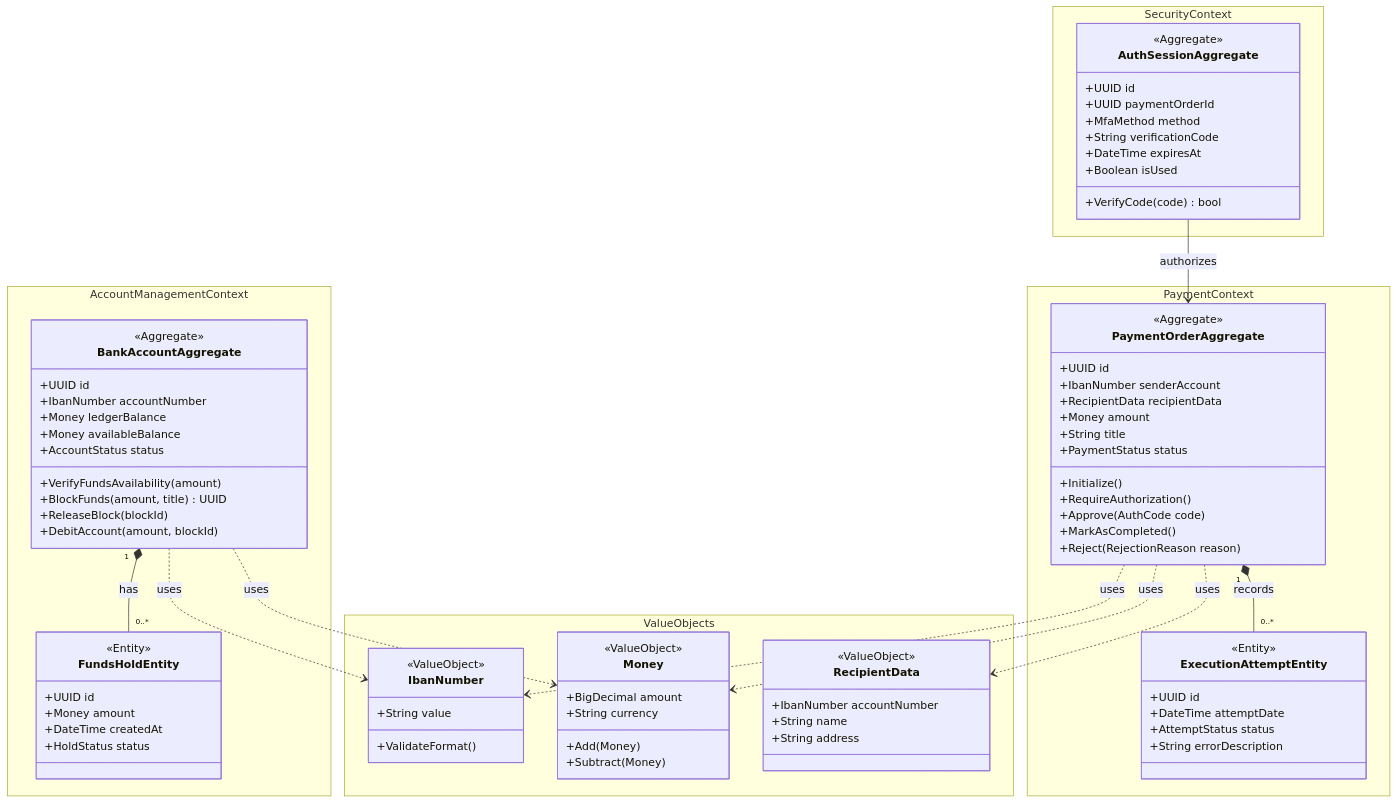
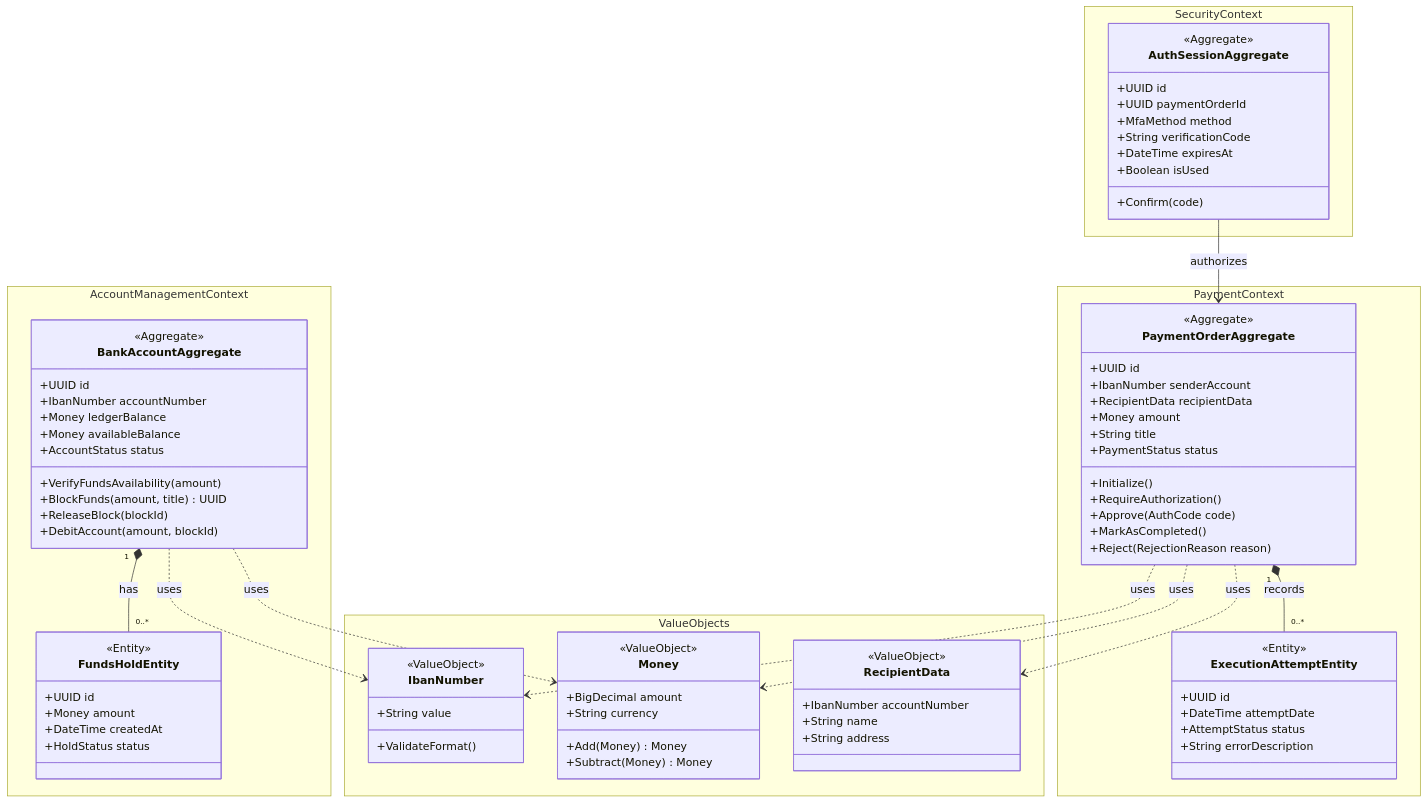
One commit to Duszke333/tbo-task1 changed the diagram in docs/DDD.md. Above: the diagram before and after it, drawn with Mermaid. The commit also changed other lines of this file, not shown here.

Commit message:
Update DDD

````diff
--- a/docs/DDD.md
+++ b/docs/DDD.md
@@ -38,91 +35,91 @@
 ```mermaid
 classDiagram
-    namespace AccountManagementContext {
-        class BankAccountAggregate {
-            <<Aggregate>>
-            +UUID id
-            +IbanNumber accountNumber
-            +Money ledgerBalance
-            +Money availableBalance
-            +AccountStatus status
-            +VerifyFundsAvailability(amount)
-            +BlockFunds(amount, title) UUID
-            +ReleaseBlock(blockId)
-            +DebitAccount(amount, blockId)
-        }
-        class FundsHoldEntity {
-            <<Entity>>
-            +UUID id
-            +Money amount
-            +DateTime createdAt
-            +HoldStatus status
-        }
-    }
+   namespace AccountManagementContext {
+      class BankAccountAggregate {
+         <<Aggregate>>
+         +UUID id
+         +IbanNumber accountNumber
+         +Money ledgerBalance
+         +Money availableBalance
+         +AccountStatus status
+         +VerifyFundsAvailability(amount)
+         +BlockFunds(amount, title) UUID
+         +ReleaseBlock(blockId)
+         +DebitAccount(amount, blockId)
+      }
+      class FundsHoldEntity {
+         <<Entity>>
+         +UUID id
+         +Money amount
+         +DateTime createdAt
+         +HoldStatus status
+      }
+   }
 
-    namespace PaymentContext {
-        class PaymentOrderAggregate {
-            <<Aggregate>>
-            +UUID id
-            +IbanNumber senderAccount
-            +RecipientData recipientData
-            +Money amount
-            +String title
-            +PaymentStatus status
-            +Initialize()
-            +RequireAuthorization()
-            +Approve(AuthCode code)
-            +MarkAsCompleted()
-            +Reject(RejectionReason reason)
-        }
-        class ExecutionAttemptEntity {
-            <<Entity>>
-            +UUID id
-            +DateTime attemptDate
-            +AttemptStatus status
-            +String errorDescription
-        }
-    }
+   namespace PaymentContext {
+      class PaymentOrderAggregate {
+         <<Aggregate>>
+         +UUID id
+         +IbanNumber senderAccount
+         +RecipientData recipientData
+         +Money amount
+         +String title
+         +PaymentStatus status
+         +Initialize()
+         +RequireAuthorization()
+         +Approve(AuthCode code)
+         +MarkAsCompleted()
+         +Reject(RejectionReason reason)
+      }
+      class ExecutionAttemptEntity {
+         <<Entity>>
+         +UUID id
+         +DateTime attemptDate
+         +AttemptStatus status
+         +String errorDescription
+      }
+   }
 
-    namespace SecurityContext {
-        class AuthSessionAggregate {
-            <<Aggregate>>
-            +UUID id
-            +UUID paymentOrderId
-            +MfaMethod method
-            +String verificationCode
-            +DateTime expiresAt
-            +Boolean isUsed
-            +VerifyCode(code) bool
-        }
-    }
+   namespace SecurityContext {
+      class AuthSessionAggregate {
+         <<Aggregate>>
+         +UUID id
+         +UUID paymentOrderId
+         +MfaMethod method
+         +String verificationCode
+         +DateTime expiresAt
+         +Boolean isUsed
+         +Confirm(code)
+      }
+   }
 
-    namespace ValueObjects {
-        class IbanNumber {
-            <<ValueObject>>
-            +String value
-            +ValidateFormat()
-        }
-        class Money {
-            <<ValueObject>>
-            +BigDecimal amount
-            +String currency
-            +Add(Money)
-            +Subtract(Money)
-        }
-        class RecipientData {
-            <<ValueObject>>
-            +IbanNumber accountNumber
-            +String name
-            +String address
-        }
-    }
+   namespace ValueObjects {
+      class IbanNumber {
+         <<ValueObject>>
+         +String value
+         +ValidateFormat()
+      }
+      class Money {
+         <<ValueObject>>
+         +BigDecimal amount
+         +String currency
+         +Add(Money) Money
+         +Subtract(Money) Money
+      }
+      class RecipientData {
+         <<ValueObject>>
+         +IbanNumber accountNumber
+         +String name
+         +String address
+      }
+   }
 
-    BankAccountAggregate "1" *-- "0..*" FundsHoldEntity: has
-    PaymentOrderAggregate "1" *-- "0..*" ExecutionAttemptEntity: records
-    AuthSessionAggregate --> PaymentOrderAggregate: authorizes
-    BankAccountAggregate ..> IbanNumber: uses
-    BankAccountAggregate ..> Money: uses
-    PaymentOrderAggregate ..> IbanNumber: uses
-    PaymentOrderAggregate ..> Money: uses
-    PaymentOrderAggregate ..> RecipientData: uses
+   BankAccountAggregate "1" *-- "0..*" FundsHoldEntity: has
+   PaymentOrderAggregate "1" *-- "0..*" ExecutionAttemptEntity: records
+   AuthSessionAggregate --> PaymentOrderAggregate: authorizes
+   BankAccountAggregate ..> IbanNumber: uses
+   BankAccountAggregate ..> Money: uses
+   PaymentOrderAggregate ..> IbanNumber: uses
+   PaymentOrderAggregate ..> Money: uses
+   PaymentOrderAggregate ..> RecipientData: uses
 ```
````
